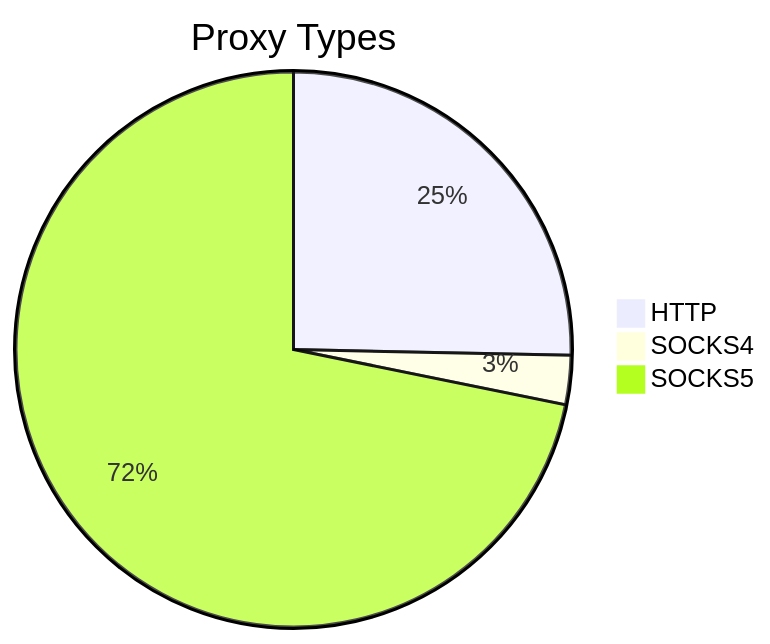
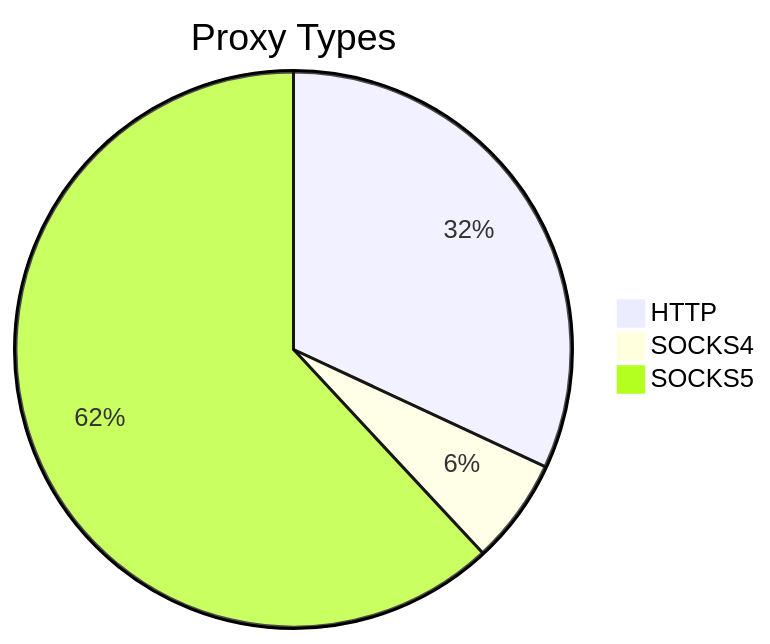
One commit to stormsia/proxy-list changed the first of 2 diagrams in README.md. Above: the diagram before and after it, drawn with Mermaid. The commit also changed other lines of this file, not shown here.

````diff
--- a/README.md
+++ b/README.md
@@ -21,6 +21,6 @@
 ```mermaid
 pie title Proxy Types
-    "HTTP" : 460
-    "SOCKS4" : 52
-    "SOCKS5" : 1304
+    "HTTP" : 785
+    "SOCKS4" : 151
+    "SOCKS5" : 1522
 ```
````
